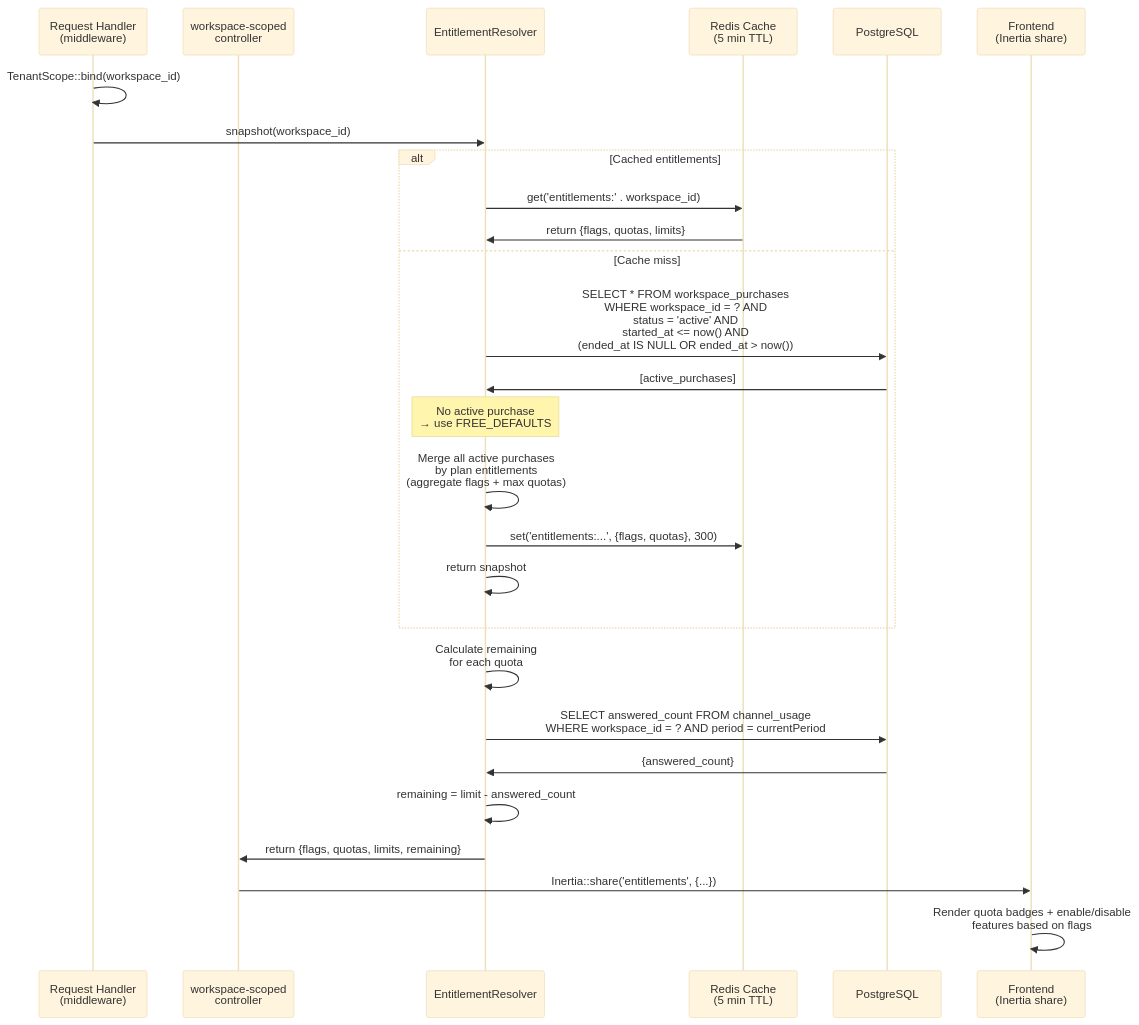
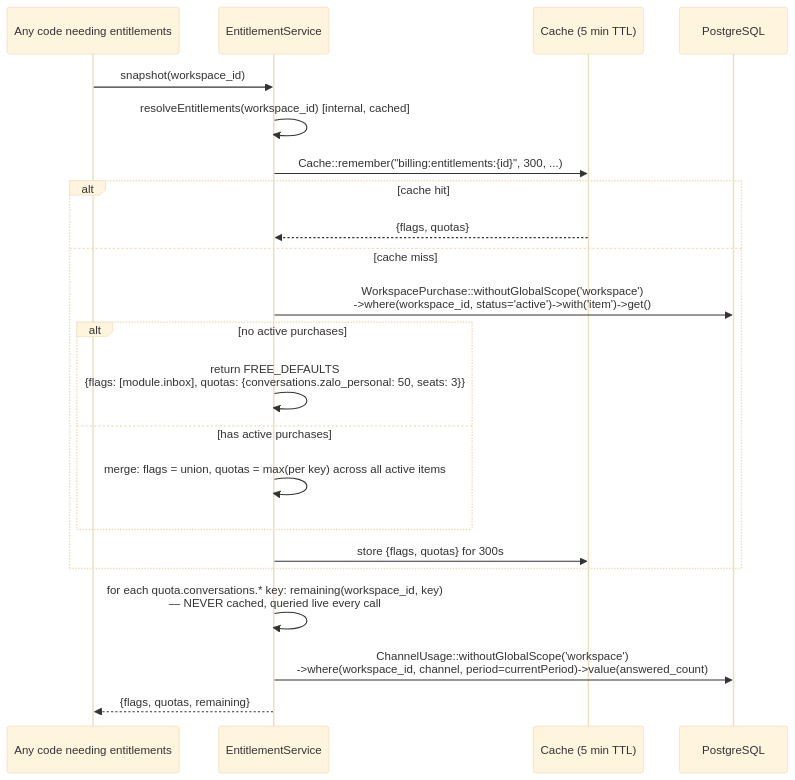
Before and after one commit to locdev-2001/yona: the second of 2 diagrams in docs/features/messaging/plan-entitlements-grant.md, drawn with Mermaid (base theme). The commit also changed other lines of this file and 292 other files, not shown here.

Commit message:
chore(inbox): baseline snapshot P07-P09 uncommitted work (pre-existing on main, committed as-is for P10-P12 base)

````diff
--- a/docs/features/messaging/plan-entitlements-grant.md
+++ b/docs/features/messaging/plan-entitlements-grant.md
@@ -76,37 +72,25 @@
 ```mermaid
 sequenceDiagram
-    participant Request as Request Handler<br/>(middleware)
-    participant Controller as workspace-scoped<br/>controller
-    participant Resolver as EntitlementResolver
-    participant Cache as Redis Cache<br/>(5 min TTL)
+    participant Caller as Any code needing entitlements
+    participant Svc as EntitlementService
+    participant Cache as Cache (5 min TTL)
     participant DB as PostgreSQL
-    participant FE as Frontend<br/>(Inertia share)
 
-    Request->>Request: TenantScope::bind(workspace_id)
-    Request->>Resolver: snapshot(workspace_id)
-    
-    alt Cached entitlements
-        Resolver->>Cache: get('entitlements:' . workspace_id)
-        Cache->>Resolver: return {flags, quotas, limits}
-    else Cache miss
-        Resolver->>DB: SELECT * FROM workspace_purchases<br/>WHERE workspace_id = ? AND<br/>status = 'active' AND<br/>started_at <= now() AND<br/>(ended_at IS NULL OR ended_at > now())
-        DB->>Resolver: [active_purchases]
-        
-        Note over Resolver: No active purchase<br/>→ use FREE_DEFAULTS
-        
-        Resolver->>Resolver: Merge all active purchases<br/>by plan entitlements<br/>(aggregate flags + max quotas)
-        Resolver->>Cache: set('entitlements:...', {flags, quotas}, 300)
-        Resolver->>Resolver: return snapshot
+    Caller->>Svc: snapshot(workspace_id)
+    Svc->>Svc: resolveEntitlements(workspace_id)  [internal, cached]
+    Svc->>Cache: Cache::remember("billing:entitlements:{id}", 300, ...)
+    alt cache hit
+        Cache-->>Svc: {flags, quotas}
+    else cache miss
+        Svc->>DB: WorkspacePurchase::withoutGlobalScope('workspace')<br/>->where(workspace_id, status='active')->with('item')->get()
+        alt no active purchases
+            Svc->>Svc: return FREE_DEFAULTS<br/>{flags: [module.inbox], quotas: {conversations.zalo_personal: 50, seats: 3}}
+        else has active purchases
+            Svc->>Svc: merge: flags = union, quotas = max(per key) across all active items
+        end
+        Svc->>Cache: store {flags, quotas} for 300s
     end
-    
-    Resolver->>Resolver: Calculate remaining<br/>for each quota
-    Resolver->>DB: SELECT answered_count FROM channel_usage<br/>WHERE workspace_id = ? AND period = currentPeriod
-    DB->>Resolver: {answered_count}
-    
-    Resolver->>Resolver: remaining = limit - answered_count
-    Resolver->>Controller: return {flags, quotas, limits, remaining}
-    
-    Controller->>FE: Inertia::share('entitlements', {...})
-    FE->>FE: Render quota badges + enable/disable<br/>features based on flags
-
+    Svc->>Svc: for each quota.conversations.* key: remaining(workspace_id, key)<br/>— NEVER cached, queried live every call
+    Svc->>DB: ChannelUsage::withoutGlobalScope('workspace')<br/>->where(workspace_id, channel, period=currentPeriod)->value(answered_count)
+    Svc-->>Caller: {flags, quotas, remaining}
 ```
````
